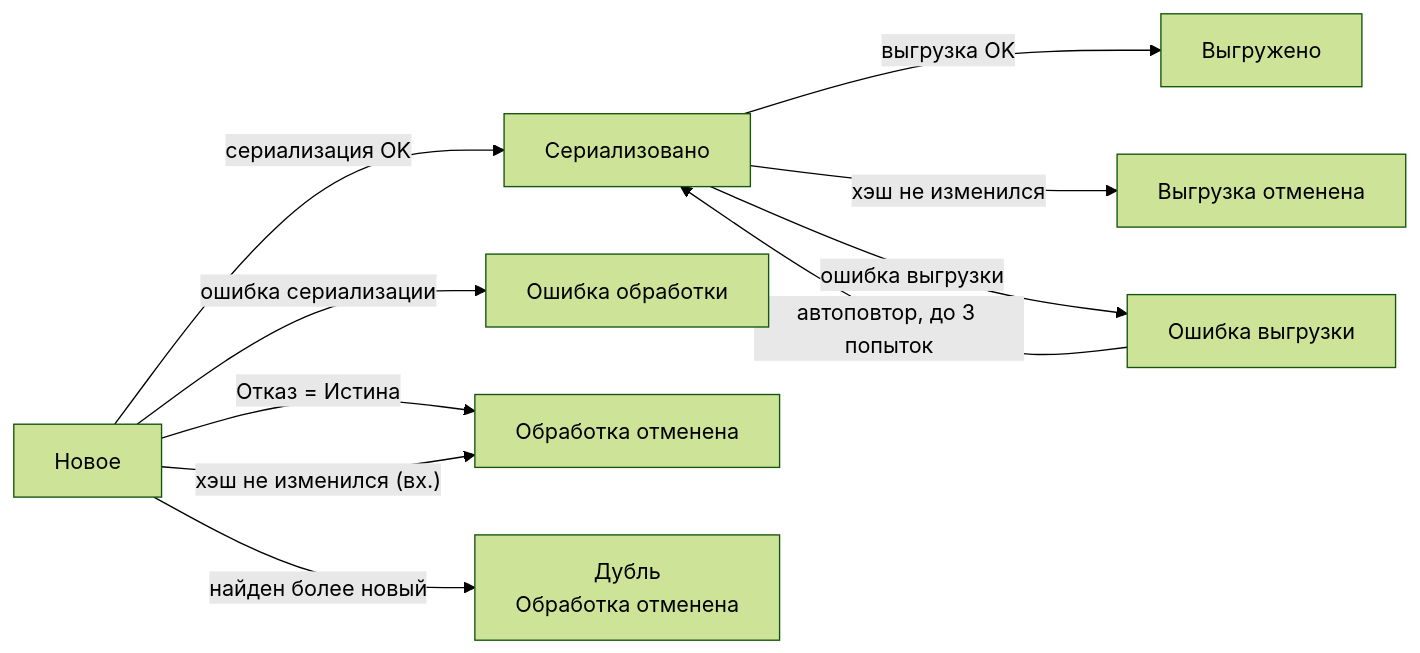
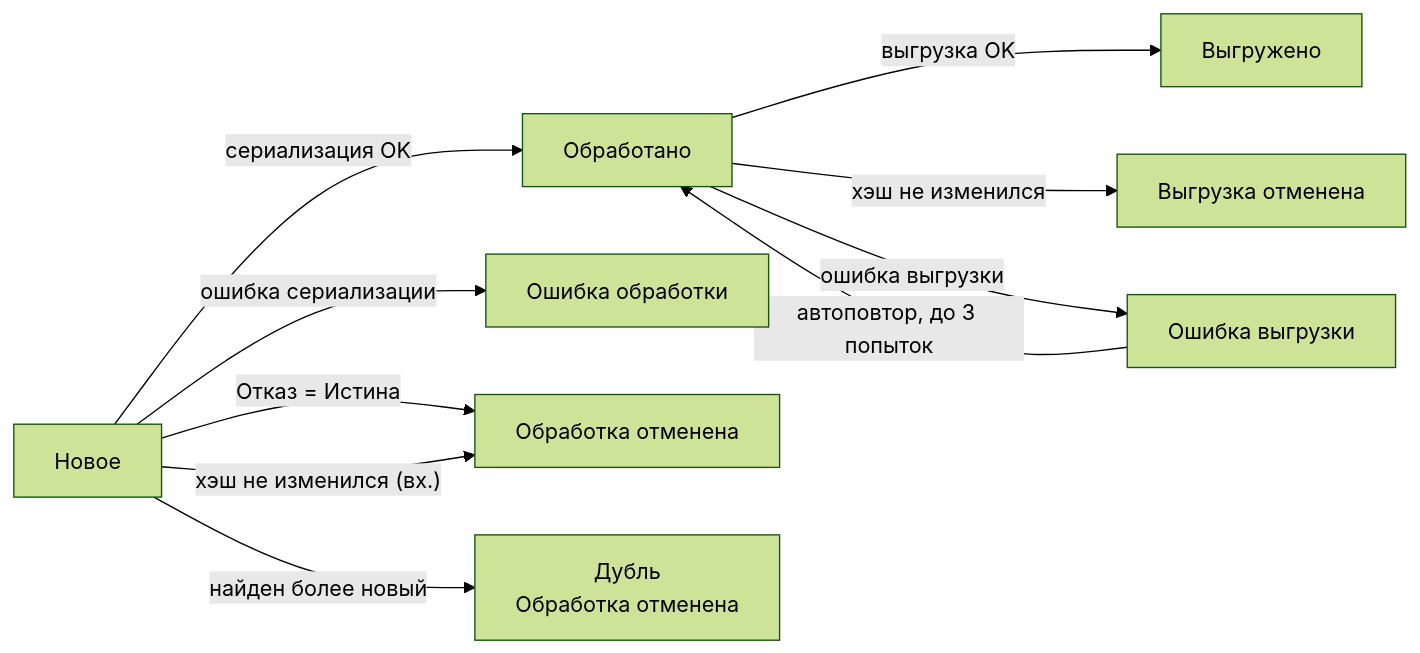
The diagram in docs/user/operations/statuses.md (ShadobaAI/kafka-adapter), drawn with Mermaid (forest theme) before and after one commit. The commit also changed other lines of this file and 34 other files, not shown here.

````diff
--- a/docs/user/operations/statuses.md
+++ b/docs/user/operations/statuses.md
@@ -19,12 +19,12 @@
 ```mermaid
 flowchart LR
-    N[Новое] -->|сериализация OK| S[Сериализовано]
+    N[Новое] -->|сериализация OK| S[Обработано]
     S -->|выгрузка OK| V[Выгружено]
     S -->|хэш не изменился| VC[Выгрузка отменена]
     S -->|ошибка выгрузки| EV[Ошибка выгрузки]
     EV -->|автоповтор, до 3 попыток| S
     N -->|ошибка сериализации| EO[Ошибка обработки]
     N -->|Отказ = Истина| OC[Обработка отменена]
     N -->|найден более новый| D[Дубль<br/>Обработка отменена]
     N -->|"хэш не изменился (вх.)"| OC
 ```
````
